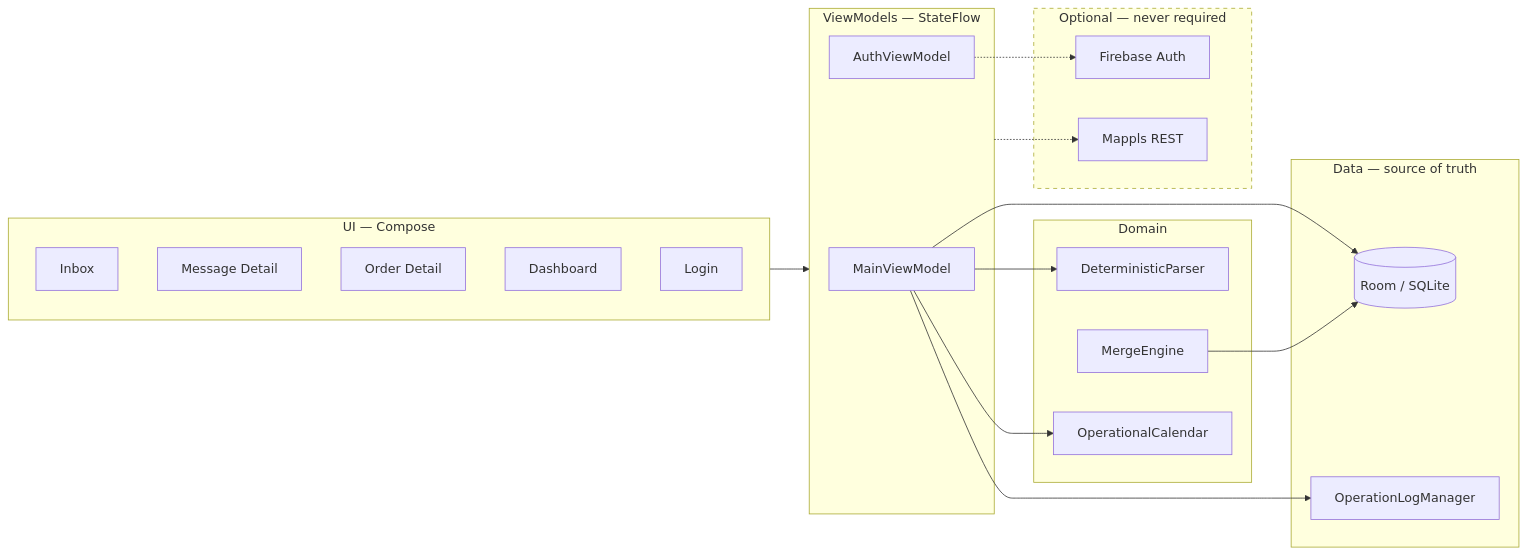
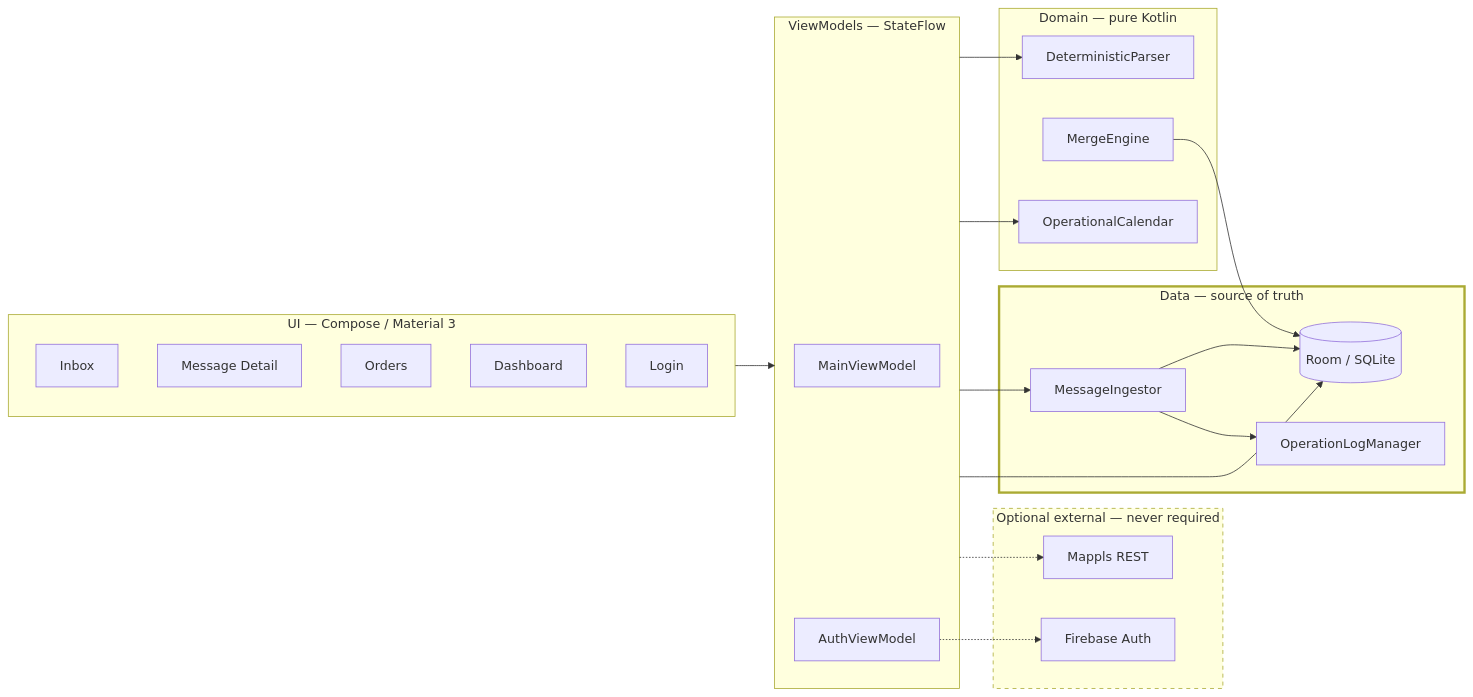
The second of 2 diagrams in README.md (nakul09i/DevCraft), drawn with Mermaid before and after one commit. The commit also changed other lines of this file, not shown here.

````diff
--- a/README.md
+++ b/README.md
@@ -99,38 +123,42 @@
 ```mermaid
 flowchart LR
-    subgraph UI["UI — Compose"]
+    subgraph UI["UI — Compose / Material 3"]
         S1["Inbox"]
         S2["Message Detail"]
-        S3["Order Detail"]
+        S3["Orders"]
         S4["Dashboard"]
         S5["Login"]
     end
     subgraph VM["ViewModels — StateFlow"]
         V1["MainViewModel"]
         V2["AuthViewModel"]
     end
-    subgraph Domain
+    subgraph DOM["Domain — pure Kotlin"]
         P["DeterministicParser"]
         M["MergeEngine"]
         C["OperationalCalendar"]
     end
-    subgraph Data["Data — source of truth"]
+    subgraph DATA["Data — source of truth"]
+        IG["MessageIngestor"]
         R[("Room / SQLite")]
         O["OperationLogManager"]
     end
-    subgraph Optional["Optional — never required"]
+    subgraph OPT["Optional external — never required"]
         F["Firebase Auth"]
         MP["Mappls REST"]
     end
 
     UI --> VM
-    V1 --> P
-    V1 --> C
-    V1 --> R
-    V1 --> O
+    VM --> P
+    VM --> C
+    VM --> IG
+    IG --> R
+    IG --> O
+    VM --> R
     M --> R
     V2 -.-> F
     VM -.-> MP
 
-    style Optional stroke-dasharray: 5 5
+    style OPT stroke-dasharray: 5 5
+    style DATA stroke-width:3px
 ```
````
